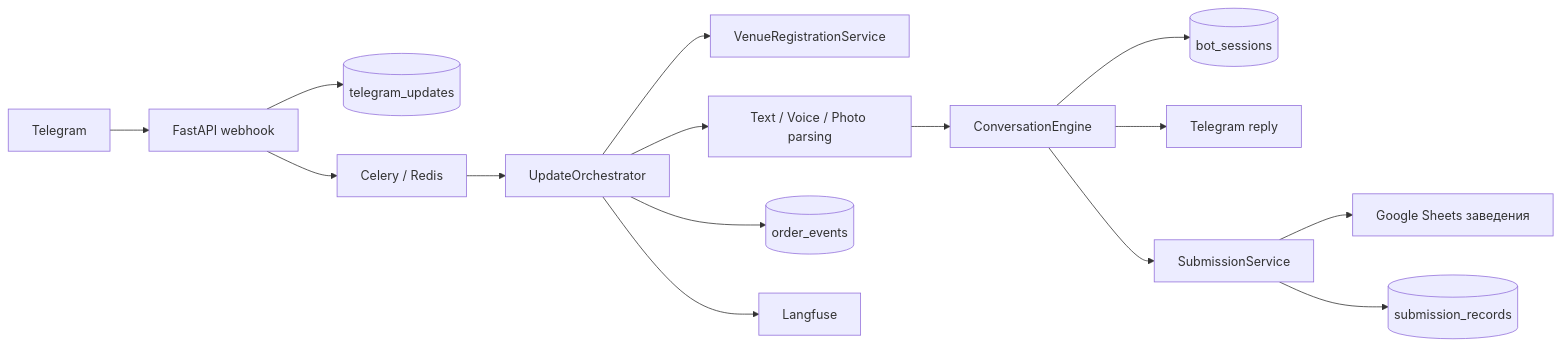
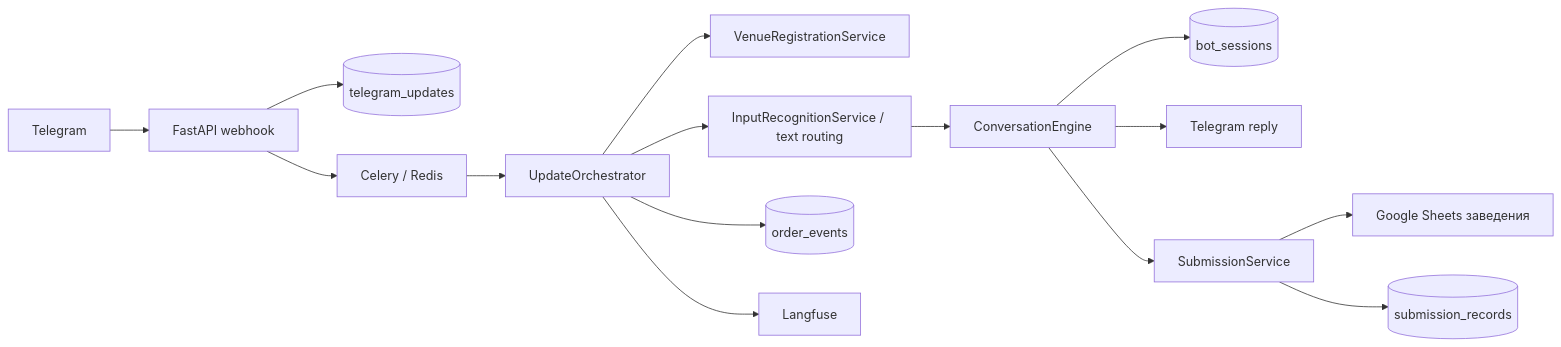
One commit to Dzmitry-Radziuk/Ai-agent-order-assistant changed the diagram in .agents/PROJECT_MAP.md. Above: the diagram before and after it, drawn with Mermaid. The commit also changed other lines of this file and 57 other files, not shown here.

````diff
--- a/.agents/PROJECT_MAP.md
+++ b/.agents/PROJECT_MAP.md
@@ -11,17 +11,17 @@
 ```mermaid
 flowchart LR
     TG[Telegram] --> API[FastAPI webhook]
     API --> INBOX[(telegram_updates)]
     API --> CQ[Celery / Redis]
     CQ --> ORCH[UpdateOrchestrator]
     ORCH --> AUTH[VenueRegistrationService]
-    ORCH --> INPUT[Text / Voice / Photo parsing]
+    ORCH --> INPUT[InputRecognitionService / text routing]
     INPUT --> ENGINE[ConversationEngine]
     ENGINE --> SESSION[(bot_sessions)]
     ENGINE --> REPLY[Telegram reply]
     ENGINE --> SUBMIT[SubmissionService]
     SUBMIT --> SHEET[Google Sheets заведения]
     SUBMIT --> CHECKPOINT[(submission_records)]
     ORCH --> AUDIT[(order_events)]
     ORCH --> LF[Langfuse]
 ```
````
